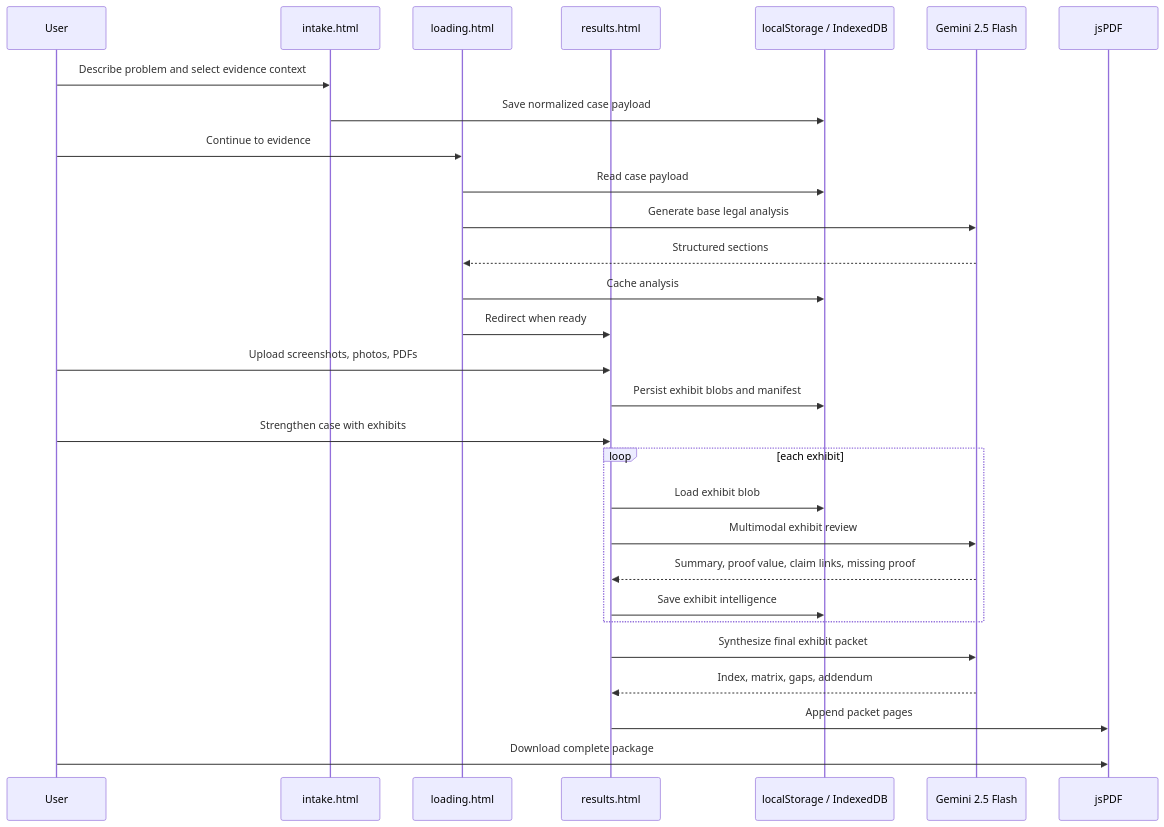
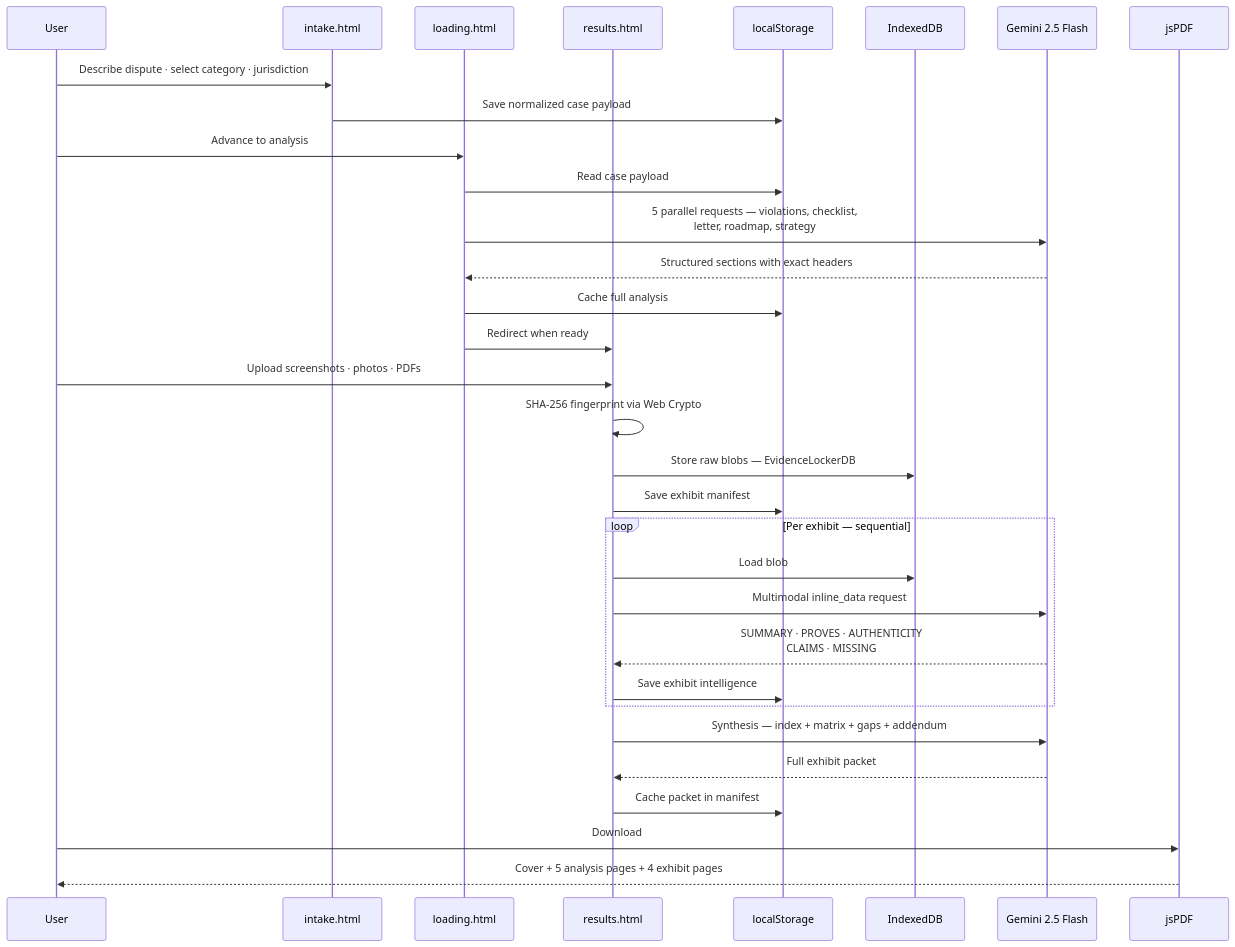
Before and after one commit to Iceman-Dann/Evidence-Locker: the third of 12 diagrams in README.md, drawn with Mermaid. The commit also changed other lines of this file, not shown here.

````diff
--- a/README.md
+++ b/README.md
@@ -189,35 +133,40 @@
 ```mermaid
 sequenceDiagram
     participant User
     participant Intake as intake.html
     participant Loading as loading.html
     participant Results as results.html
-    participant Storage as localStorage / IndexedDB
+    participant LS as localStorage
+    participant IDB as IndexedDB
     participant Gemini as Gemini 2.5 Flash
     participant PDF as jsPDF
 
-    User->>Intake: Describe problem and select evidence context
-    Intake->>Storage: Save normalized case payload
-    User->>Loading: Continue to evidence
-    Loading->>Storage: Read case payload
-    Loading->>Gemini: Generate base legal analysis
-    Gemini-->>Loading: Structured sections
-    Loading->>Storage: Cache analysis
+    User->>Intake: Describe dispute · select category · jurisdiction
+    Intake->>LS: Save normalized case payload
+    User->>Loading: Advance to analysis
+
+    Loading->>LS: Read case payload
+    Loading->>Gemini: 5 parallel requests — violations, checklist,<br/>letter, roadmap, strategy
+    Gemini-->>Loading: Structured sections with exact headers
+    Loading->>LS: Cache full analysis
     Loading->>Results: Redirect when ready
 
-    User->>Results: Upload screenshots, photos, PDFs
-    Results->>Storage: Persist exhibit blobs and manifest
-    User->>Results: Strengthen case with exhibits
+    User->>Results: Upload screenshots · photos · PDFs
+    Results->>Results: SHA-256 fingerprint via Web Crypto
+    Results->>IDB: Store raw blobs — EvidenceLockerDB
+    Results->>LS: Save exhibit manifest
 
-    loop each exhibit
-        Results->>Storage: Load exhibit blob
-        Results->>Gemini: Multimodal exhibit review
-        Gemini-->>Results: Summary, proof value, claim links, missing proof
-        Results->>Storage: Save exhibit intelligence
+    loop Per exhibit — sequential
+        Results->>IDB: Load blob
+        Results->>Gemini: Multimodal inline_data request
+        Gemini-->>Results: SUMMARY · PROVES · AUTHENTICITY<br/>CLAIMS · MISSING
+        Results->>LS: Save exhibit intelligence
     end
 
-    Results->>Gemini: Synthesize final exhibit packet
-    Gemini-->>Results: Index, matrix, gaps, addendum
-    Results->>PDF: Append packet pages
-    User->>PDF: Download complete package
+    Results->>Gemini: Synthesis — index + matrix + gaps + addendum
+    Gemini-->>Results: Full exhibit packet
+    Results->>LS: Cache packet in manifest
+
+    User->>PDF: Download
+    PDF-->>User: Cover + 5 analysis pages + 4 exhibit pages
 ```
````
